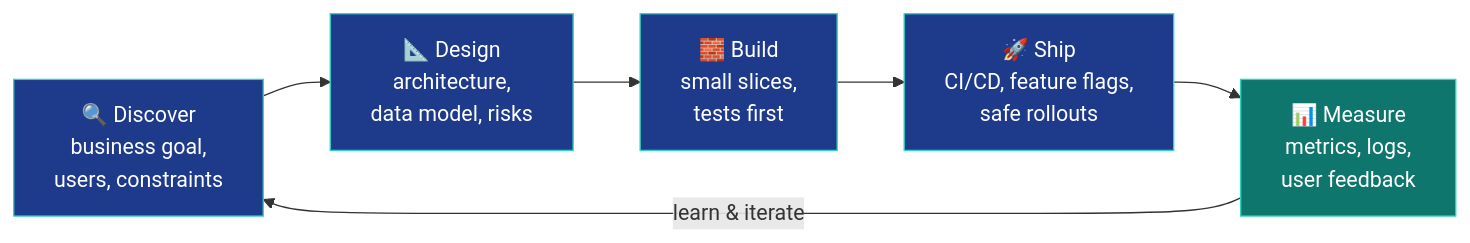
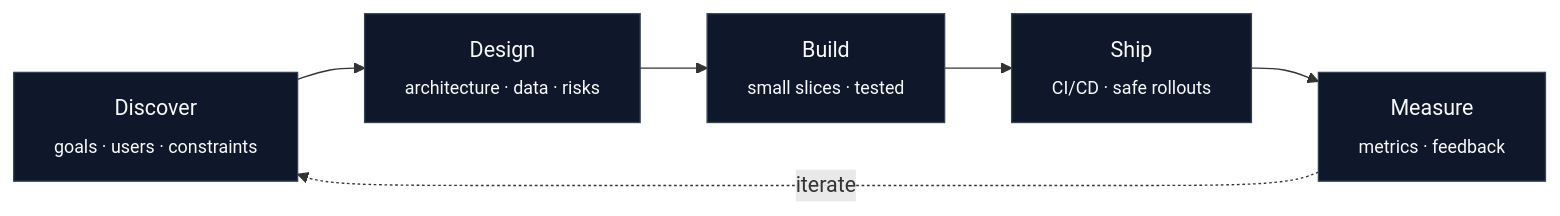
One commit to stuff-builder/stuff-builder changed the first of 3 diagrams in README.md. Above: the diagram before and after it, drawn with Mermaid. The commit also changed other lines of this file, not shown here.

````diff
--- a/README.md
+++ b/README.md
@@ -156,14 +43,11 @@
 ```mermaid
 flowchart LR
-    A["🔍 Discover<br/>business goal,<br/>users, constraints"] --> B["📐 Design<br/>architecture,<br/>data model, risks"]
-    B --> C["🧱 Build<br/>small slices,<br/>tests first"]
-    C --> D["🚀 Ship<br/>CI/CD, feature flags,<br/>safe rollouts"]
-    D --> E["📊 Measure<br/>metrics, logs,<br/>user feedback"]
-    E -->|learn & iterate| A
+    A[Discover<br/><sub>goals · users · constraints</sub>] --> B[Design<br/><sub>architecture · data · risks</sub>]
+    B --> C[Build<br/><sub>small slices · tested</sub>]
+    C --> D[Ship<br/><sub>CI/CD · safe rollouts</sub>]
+    D --> E[Measure<br/><sub>metrics · feedback</sub>]
+    E -. iterate .-> A
 
-    style A fill:#1E3A8A,stroke:#2DD4BF,color:#fff
-    style B fill:#1E3A8A,stroke:#2DD4BF,color:#fff
-    style C fill:#1E3A8A,stroke:#2DD4BF,color:#fff
-    style D fill:#1E3A8A,stroke:#2DD4BF,color:#fff
-    style E fill:#0F766E,stroke:#2DD4BF,color:#fff
+    classDef step fill:#0F172A,stroke:#334155,color:#F8FAFC
+    class A,B,C,D,E step
 ```
````
